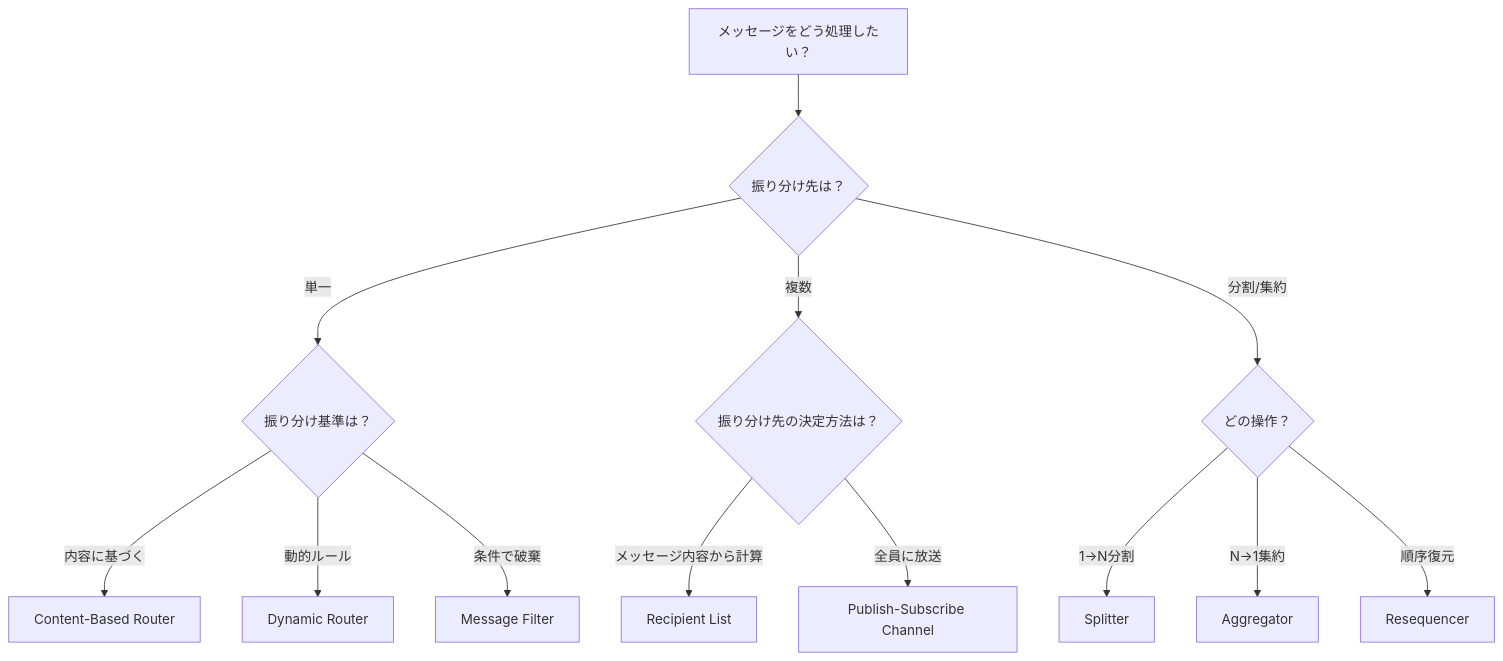
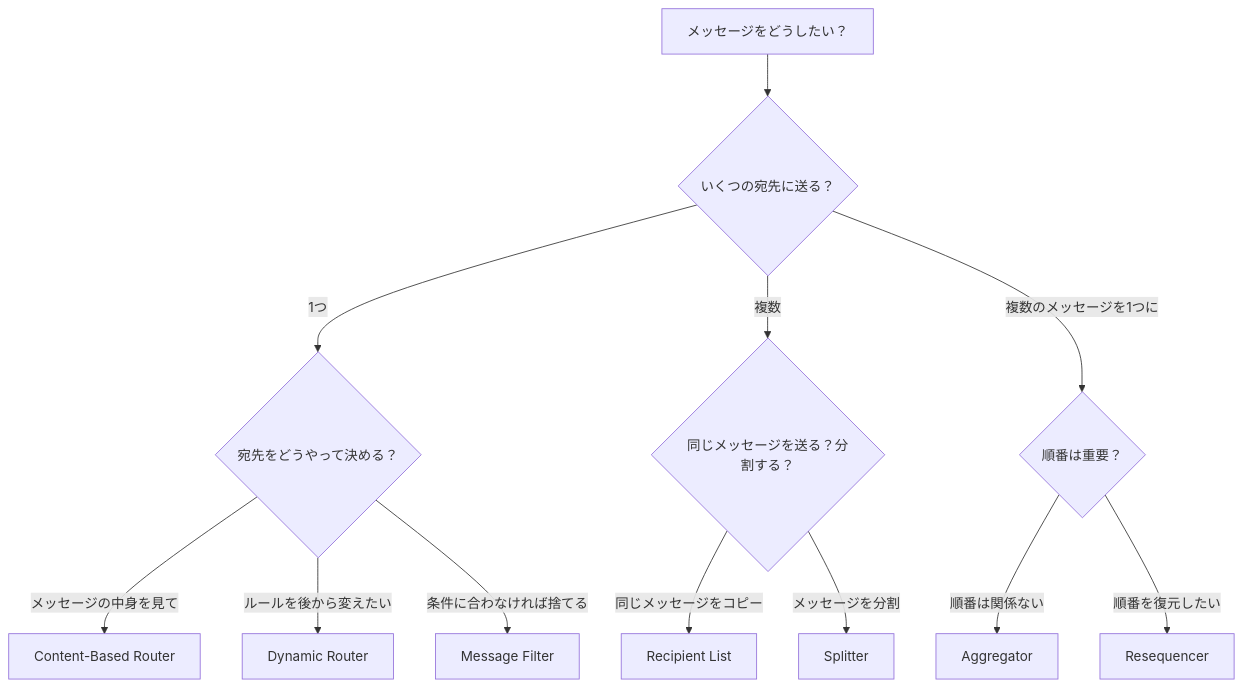
The first of 2 diagrams in content/programming/reactive_messaging_pattern/simple-routers/index.md (tomoikey/quartz), drawn with Mermaid before and after one commit. The commit also changed other lines of this file and 18 other files, not shown here.

````diff
--- a/content/programming/reactive_messaging_pattern/simple-routers/index.md
+++ b/content/programming/reactive_messaging_pattern/simple-routers/index.md
@@ -21,20 +38,19 @@
 ```mermaid
 flowchart TD
-    START[メッセージをどう処理したい？]
+    START[メッセージをどうしたい？]
 
-    START --> Q1{振り分け先は？}
-    Q1 -->|単一| Q2{振り分け基準は？}
-    Q1 -->|複数| Q3{振り分け先の決定方法は？}
-    Q1 -->|分割/集約| Q4{どの操作？}
+    START --> Q1{いくつの宛先に送る？}
+    Q1 -->|1つ| Q2{宛先をどうやって決める？}
+    Q1 -->|複数| Q3{同じメッセージを送る？分割する？}
+    Q1 -->|複数のメッセージを1つに| Q4{順番は重要？}
 
-    Q2 -->|内容に基づく| CBR2[Content-Based Router]
-    Q2 -->|動的ルール| DR2[Dynamic Router]
-    Q2 -->|条件で破棄| MF2[Message Filter]
+    Q2 -->|メッセージの中身を見て| CBR[Content-Based Router]
+    Q2 -->|ルールを後から変えたい| DR[Dynamic Router]
+    Q2 -->|条件に合わなければ捨てる| MF[Message Filter]
 
-    Q3 -->|メッセージ内容から計算| RL2[Recipient List]
-    Q3 -->|全員に放送| PS[Publish-Subscribe Channel]
+    Q3 -->|同じメッセージをコピー| RL[Recipient List]
+    Q3 -->|メッセージを分割| SP[Splitter]
 
-    Q4 -->|1→N分割| SP2[Splitter]
-    Q4 -->|N→1集約| AG2[Aggregator]
-    Q4 -->|順序復元| RS2[Resequencer]
+    Q4 -->|順番は関係ない| AG[Aggregator]
+    Q4 -->|順番を復元したい| RS[Resequencer]
 ```
````
